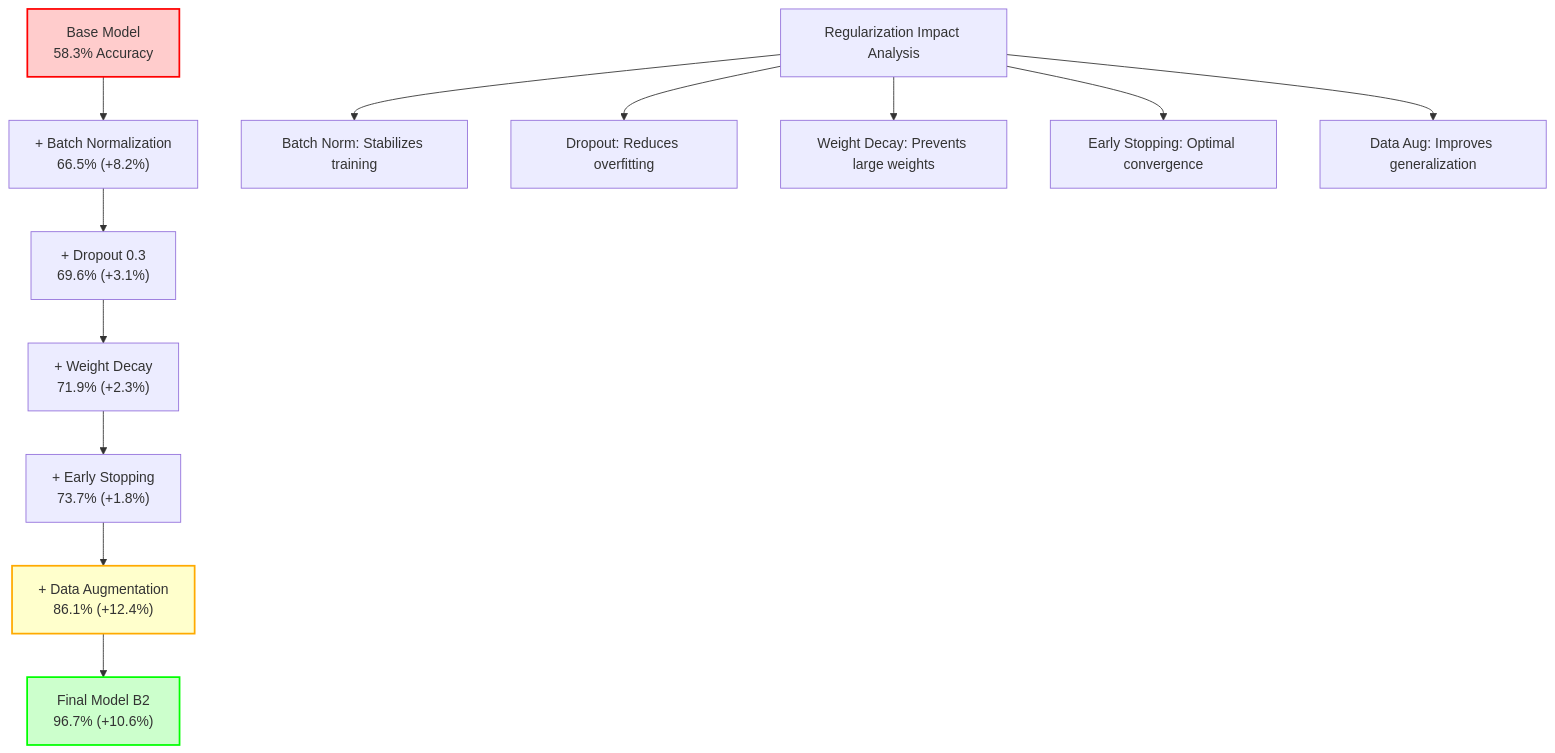
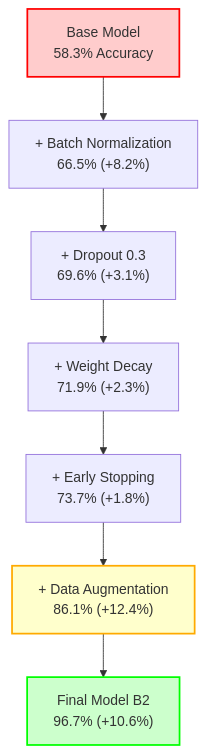
Before and after one commit to hiwafeizi/deep_learning: the first of 3 diagrams in RESULTS_AND_ERROR_ANALYSIS.md, drawn with Mermaid. The commit also changed other lines of this file, not shown here.

Commit message:
fixed analysis

````diff
--- a/RESULTS_AND_ERROR_ANALYSIS.md
+++ b/RESULTS_AND_ERROR_ANALYSIS.md
@@ -202,20 +202,13 @@
 ```mermaid
-graph TD
+flowchart TD
     A["Base Model<br/>58.3% Accuracy"] --> B["+ Batch Normalization<br/>66.5% (+8.2%)"]
     B --> C["+ Dropout 0.3<br/>69.6% (+3.1%)"]
     C --> D["+ Weight Decay<br/>71.9% (+2.3%)"]
     D --> E["+ Early Stopping<br/>73.7% (+1.8%)"]
     E --> F["+ Data Augmentation<br/>86.1% (+12.4%)"]
     F --> G["Final Model B2<br/>96.7% (+10.6%)"]
     
     style A fill:#ffcccc,stroke:#ff0000,stroke-width:2px
     style G fill:#ccffcc,stroke:#00ff00,stroke-width:2px
     style F fill:#ffffcc,stroke:#ffaa00,stroke-width:2px
-    
-    H["Regularization Impact Analysis"]
-    H --> I["Batch Norm: Stabilizes training"]
-    H --> J["Dropout: Reduces overfitting"]
-    H --> K["Weight Decay: Prevents large weights"]
-    H --> L["Early Stopping: Optimal convergence"]
-    H --> M["Data Aug: Improves generalization"]
 ```
````
